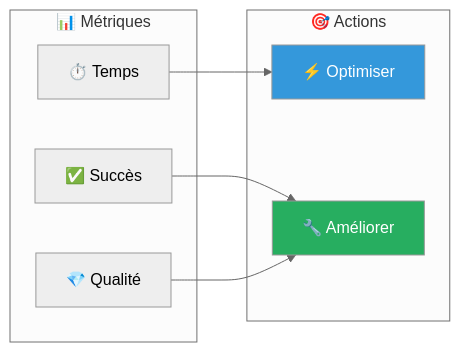
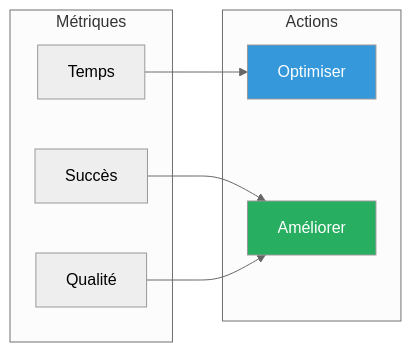
One commit to Abdelilah04116/AutoResearchFlow changed the fourth of 6 diagrams in README.md. Above: the diagram before and after it, drawn with Mermaid (neutral theme). The commit also changed other lines of this file, not shown here.

````diff
--- a/README.md
+++ b/README.md
@@ -253,20 +253,20 @@
 ```mermaid
 graph LR
-    subgraph "📊 Métriques"
-        TIME[⏱️ Temps]
-        SUCCESS[✅ Succès]
-        QUALITY[💎 Qualité]
+    subgraph " Métriques"
+        TIME[ Temps]
+        SUCCESS[ Succès]
+        QUALITY[ Qualité]
     end
     
-    subgraph "🎯 Actions"
-        OPTIMIZE[⚡ Optimiser]
-        IMPROVE[🔧 Améliorer]
+    subgraph " Actions"
+        OPTIMIZE[ Optimiser]
+        IMPROVE[ Améliorer]
     end
     
     TIME --> OPTIMIZE
     SUCCESS --> IMPROVE
     QUALITY --> IMPROVE
     
     style OPTIMIZE fill:#3498db,color:#fff
     style IMPROVE fill:#27ae60,color:#fff
 ```
````
